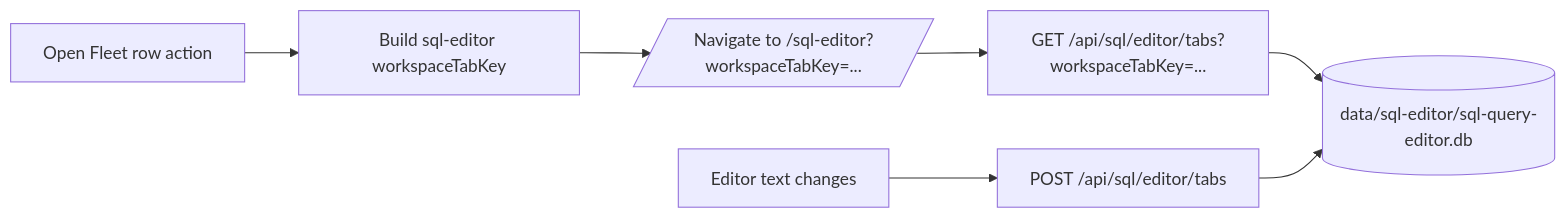
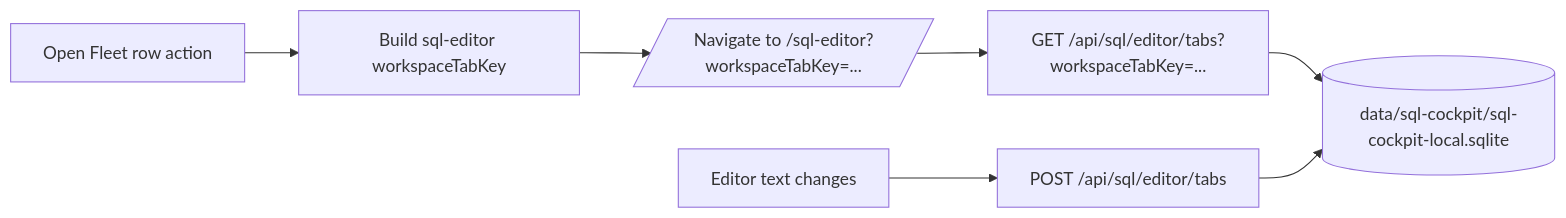
The second of 3 diagrams in docs/developer/rest-and-dashboard-internals.md (sql-cockpit/sql-cockpit-docs-source), drawn with Mermaid before and after one commit. The commit also changed other lines of this file and 9 other files, not shown here.

````diff
--- a/docs/developer/rest-and-dashboard-internals.md
+++ b/docs/developer/rest-and-dashboard-internals.md
@@ -84,9 +84,9 @@
 ```mermaid
 flowchart LR
     A[Open Fleet row action] --> B[Build sql-editor workspaceTabKey]
     B --> C[/Navigate to /sql-editor?workspaceTabKey=.../]
     C --> D[GET /api/sql/editor/tabs?workspaceTabKey=...]
-    D --> E[(data/sql-editor/sql-query-editor.db)]
+    D --> E[(data/sql-cockpit/sql-cockpit-local.sqlite)]
     F[Editor text changes] --> G[POST /api/sql/editor/tabs]
     G --> E
 ```
````
